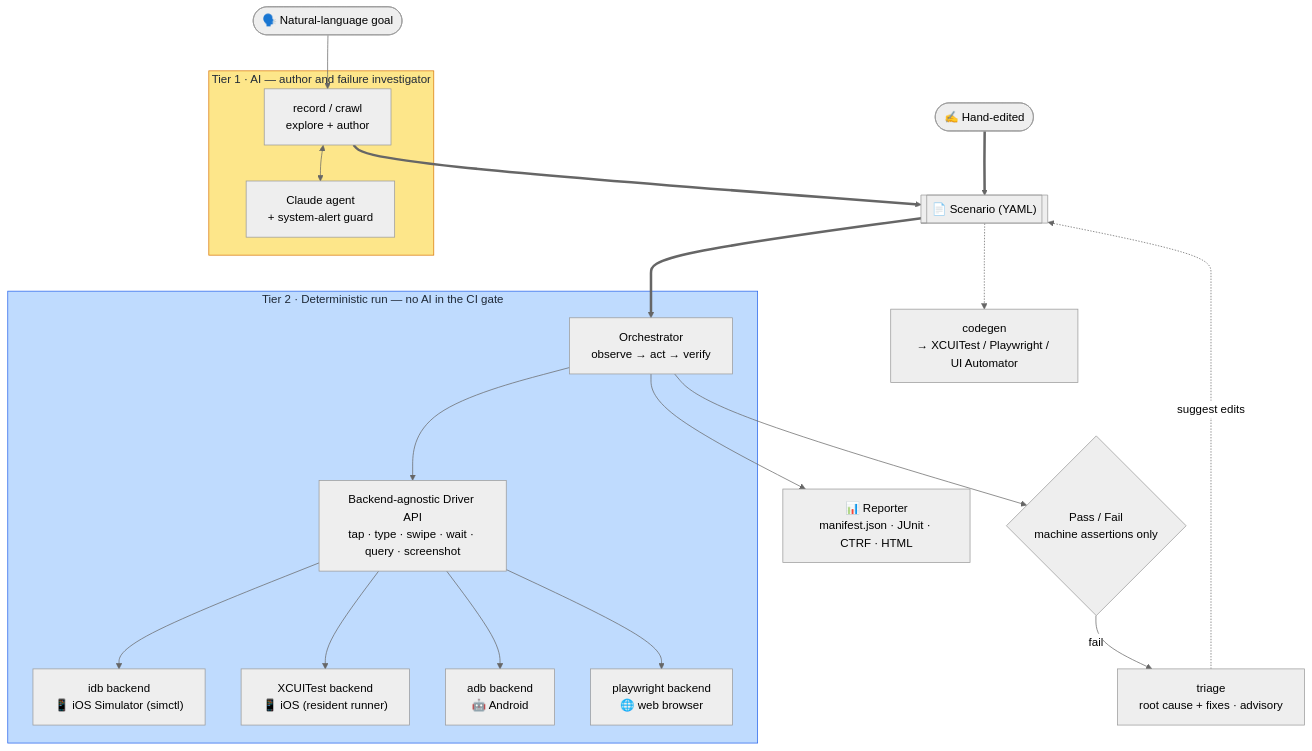
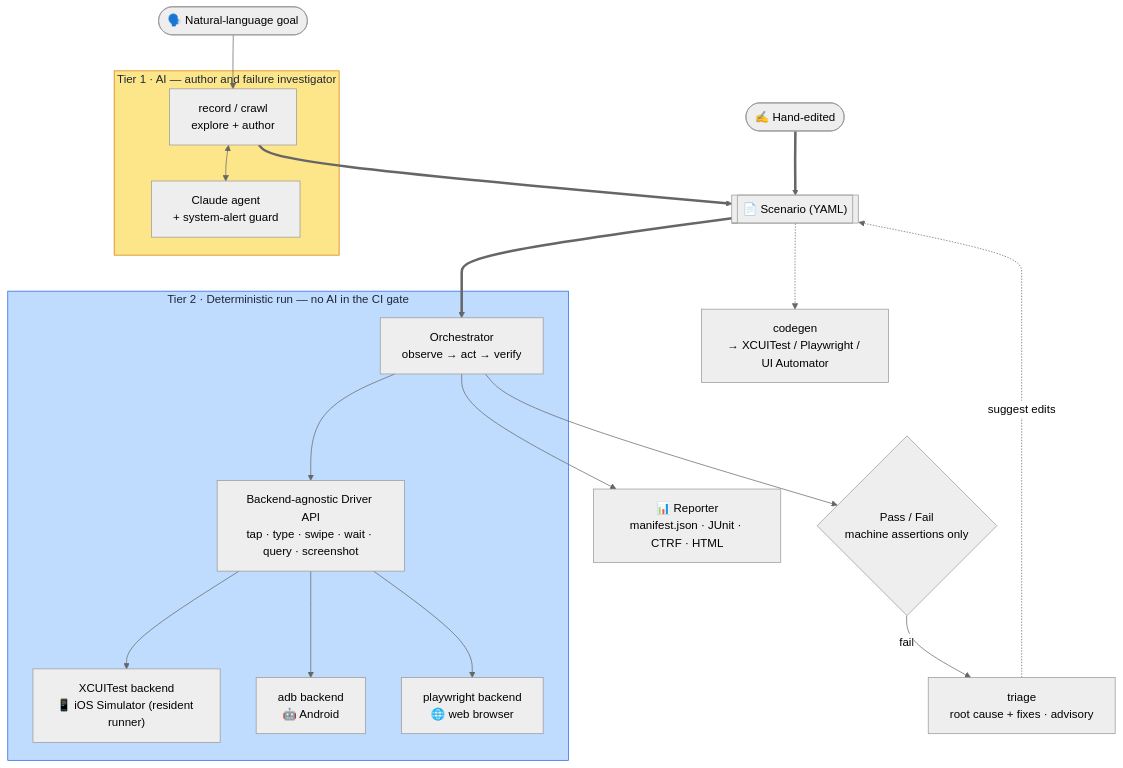
The first of 2 diagrams in docs/architecture.md (bajutsu-e2e/bajutsu), drawn with Mermaid (neutral theme) before and after one commit. The commit also changed other lines of this file and 244 other files, not shown here.

First line of the commit message:
feat(ios): make XCUITest the default iOS backend and remove idb

````diff
--- a/docs/architecture.md
+++ b/docs/architecture.md
@@ -24,46 +24,44 @@
 ```mermaid
 flowchart TB
     goal(["🗣️ Natural-language goal"])
     hand(["✍️ Hand-edited"])
     scenario[["📄 Scenario (YAML)"]]
 
     subgraph tier1["Tier 1 · AI — author and failure investigator"]
         record["record / crawl<br/>explore + author"]
         agent["Claude agent<br/>+ system-alert guard"]
         record <--> agent
     end
 
     subgraph tier2["Tier 2 · Deterministic run — no AI in the CI gate"]
         orch["Orchestrator<br/>observe → act → verify"]
         driver["Backend-agnostic Driver API<br/>tap · type · swipe · wait · query · screenshot"]
-        idb["idb backend<br/>📱 iOS Simulator (simctl)"]
-        xcuitest["XCUITest backend<br/>📱 iOS (resident runner)"]
+        xcuitest["XCUITest backend<br/>📱 iOS Simulator (resident runner)"]
         adb["adb backend<br/>🤖 Android"]
         pw["playwright backend<br/>🌐 web browser"]
         orch --> driver
-        driver --> idb
         driver --> xcuitest
         driver --> adb
         driver --> pw
     end
 
     verdict{"Pass / Fail<br/>machine assertions only"}
     report["📊 Reporter<br/>manifest.json · JUnit · CTRF · HTML"]
     codegen["codegen<br/>→ XCUITest / Playwright / UI Automator"]
     triage["triage<br/>root cause + fixes · advisory"]
 
     goal --> record
     record ==> scenario
     hand ==> scenario
     scenario ==> orch
     scenario -.-> codegen
     orch --> verdict
     orch --> report
     verdict -->|fail| triage
     triage -.->|suggest edits| scenario
 
     classDef ai fill:#fde68a,stroke:#d97706,color:#1f2937;
     classDef det fill:#bfdbfe,stroke:#2563eb,color:#1f2937;
     class tier1 ai
     class tier2 det
 ```
````
